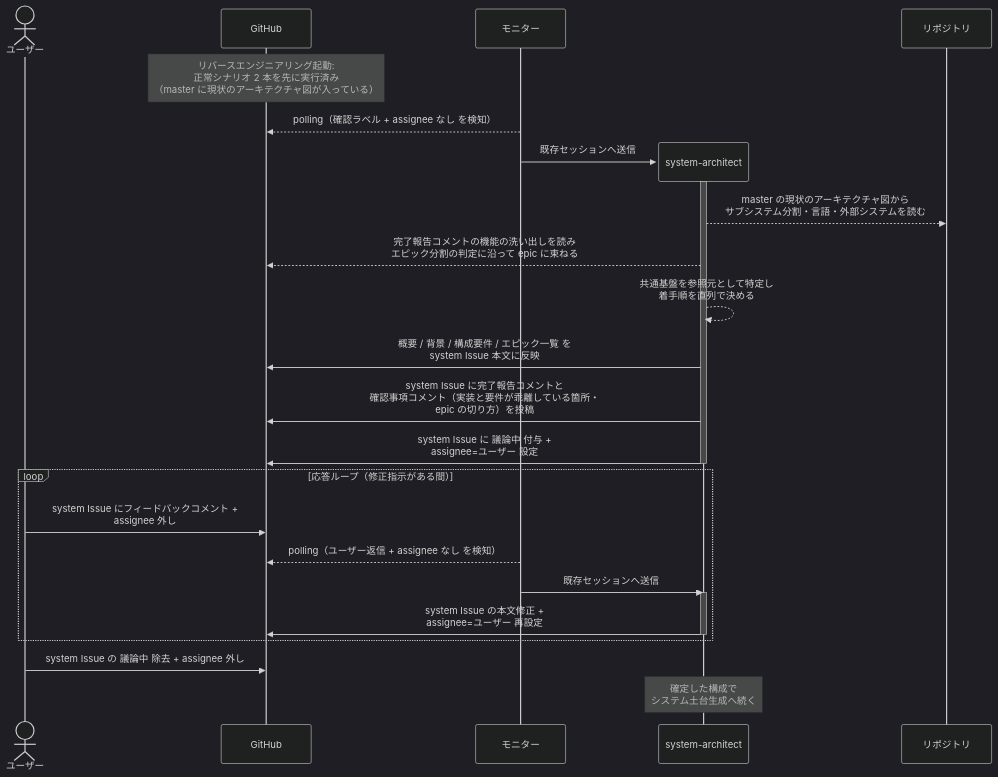
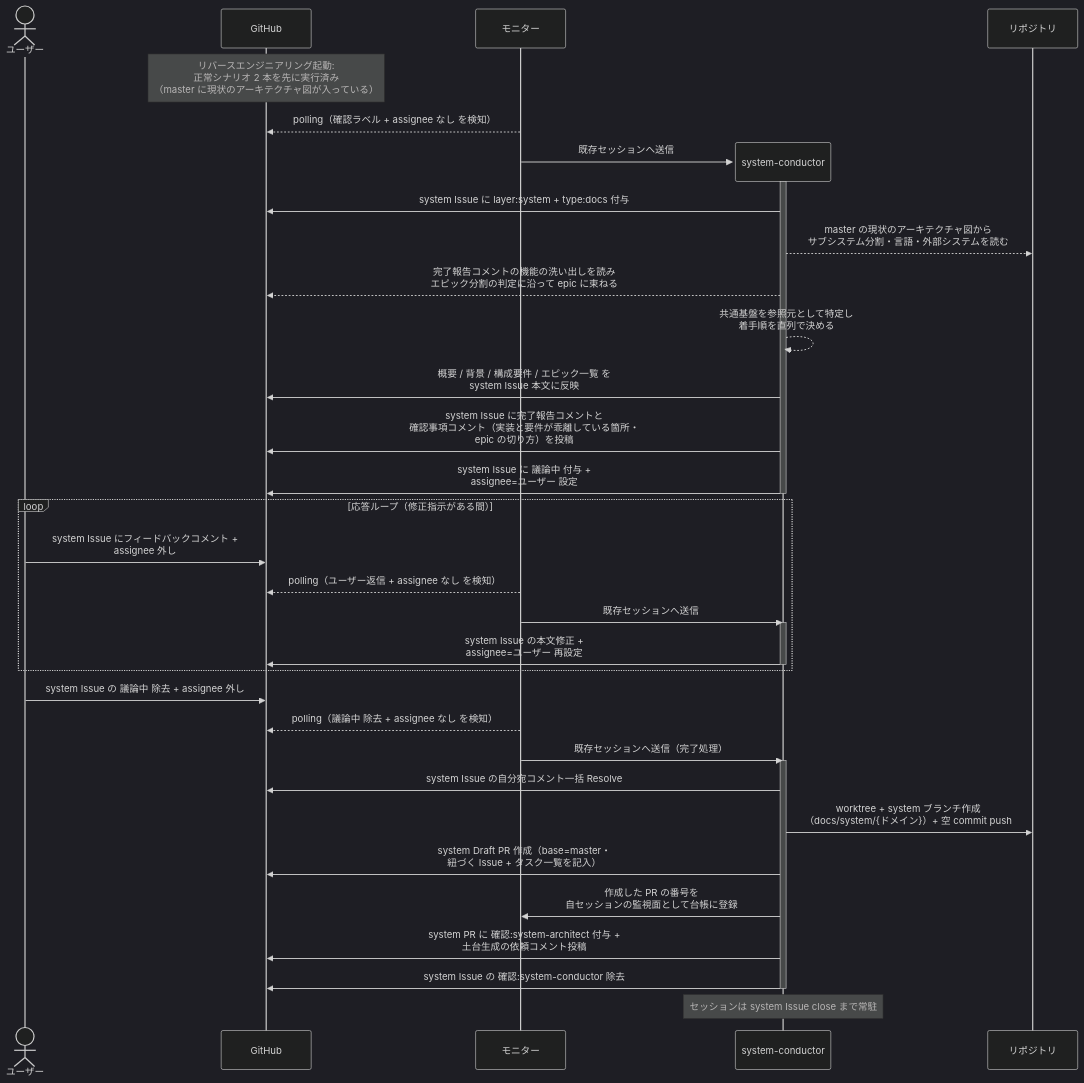
Before and after one commit to shuhei1101/ai-monitor: the second of 2 diagrams in docs/wiki/設計図/シナリオ/単一ユースケース/システム構成確定.md, drawn with Mermaid (dark theme). The commit also changed other lines of this file and 304 other files, not shown here.

````diff
--- a/docs/wiki/設計図/シナリオ/単一ユースケース/システム構成確定.md
+++ b/docs/wiki/設計図/シナリオ/単一ユースケース/システム構成確定.md
@@ -84,32 +100,43 @@
 ```mermaid
 sequenceDiagram
   actor U as ユーザー
   participant GH as GitHub
   participant ORC as モニター
 
   Note over GH: リバースエンジニアリング起動:<br>正常シナリオ 2 本を先に実行済み<br>（master に現状のアーキテクチャ図が入っている）
   ORC-->>GH: polling（確認ラベル + assignee なし を検知）
-  create participant MON as system-architect
+  create participant MON as system-conductor
   ORC->>MON: 既存セッションへ送信
   participant REPO as リポジトリ
   activate MON
+  MON->>GH: system Issue に layer:system + type:docs 付与
   MON-->>REPO: master の現状のアーキテクチャ図から<br>サブシステム分割・言語・外部システムを読む
   MON-->>GH: 完了報告コメントの機能の洗い出しを読み<br>エピック分割の判定に沿って epic に束ねる
   MON-->>MON: 共通基盤を参照元として特定し<br>着手順を直列で決める
   MON->>GH: 概要 / 背景 / 構成要件 / エピック一覧 を<br>system Issue 本文に反映
   MON->>GH: system Issue に完了報告コメントと<br>確認事項コメント（実装と要件が乖離している箇所・<br>epic の切り方）を投稿
   MON->>GH: system Issue に 議論中 付与 +<br>assignee=ユーザー 設定
   deactivate MON
 
   loop 応答ループ（修正指示がある間）
     U->>GH: system Issue にフィードバックコメント +<br>assignee 外し
     ORC-->>GH: polling（ユーザー返信 + assignee なし を検知）
     ORC->>MON: 既存セッションへ送信
     activate MON
     MON->>GH: system Issue の本文修正 +<br>assignee=ユーザー 再設定
     deactivate MON
   end
 
   U->>GH: system Issue の 議論中 除去 + assignee 外し
-  Note over MON: 確定した構成で<br>システム土台生成へ続く
+  ORC-->>GH: polling（議論中 除去 + assignee なし を検知）
+  ORC->>MON: 既存セッションへ送信（完了処理）
+  activate MON
+  MON->>GH: system Issue の自分宛コメント一括 Resolve
+  MON->>REPO: worktree + system ブランチ作成<br>（docs/system/{ドメイン}）+ 空 commit push
+  MON->>GH: system Draft PR 作成（base=master・<br>紐づく Issue + タスク一覧を記入）
+  MON->>ORC: 作成した PR の番号を<br>自セッションの監視面として台帳に登録
+  MON->>GH: system PR に 確認:system-architect 付与 +<br>土台生成の依頼コメント投稿
+  MON->>GH: system Issue の 確認:system-conductor 除去
+  deactivate MON
+  Note over MON: セッションは system Issue close まで常駐
 ```
````
